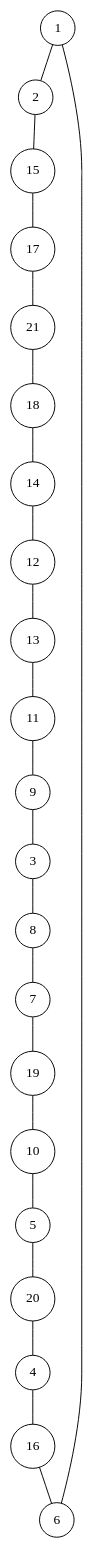
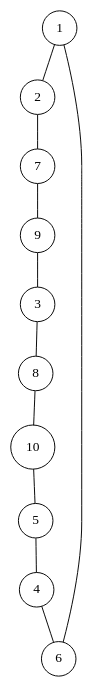
Before and after one commit to lugot/tsp-approximation: the diagram in data_generated/random1716955679/random1716955679.0.dot, drawn with Graphviz. The commit also changed 69 other files, not shown here.

```diff
--- a/data_generated/random1716955679/random1716955679.0.dot
+++ b/data_generated/random1716955679/random1716955679.0.dot
@@ -1,46 +1,24 @@
 graph random1716955679 {
 	node [shape=circle fillcolor=white]
-	1 [ pos = "2.888563,2.938799!"]
-	2 [ pos = "5.979193,3.742232!"]
-	3 [ pos = "19.204047,19.623305!"]
-	4 [ pos = "0.090760,14.916853!"]
-	5 [ pos = "6.952253,17.640141!"]
-	6 [ pos = "4.485589,6.612680!"]
-	7 [ pos = "9.853760,12.406870!"]
-	8 [ pos = "17.241166,19.441588!"]
-	9 [ pos = "17.250827,13.102488!"]
-	10 [ pos = "8.194523,14.814104!"]
-	11 [ pos = "16.449382,11.034476!"]
-	12 [ pos = "20.000000,3.412952!"]
-	13 [ pos = "18.031777,5.099406!"]
-	14 [ pos = "14.637593,3.621221!"]
-	15 [ pos = "7.098284,7.294717!"]
-	16 [ pos = "3.256702,9.986846!"]
-	17 [ pos = "10.233516,9.235894!"]
-	18 [ pos = "13.729078,9.245684!"]
-	19 [ pos = "8.667320,13.819838!"]
-	20 [ pos = "3.970658,15.619573!"]
-	21 [ pos = "11.268101,8.456247!"]
+	1 [ pos = "0.736003,0.748803!"]
+	2 [ pos = "1.523493,0.953517!"]
+	3 [ pos = "4.893173,5.000000!"]
+	4 [ pos = "0.023125,3.800800!"]
+	5 [ pos = "1.771428,4.494692!"]
+	6 [ pos = "1.142924,1.684905!"]
+	7 [ pos = "2.510729,3.161259!"]
+	8 [ pos = "4.393033,4.953699!"]
+	9 [ pos = "4.395495,3.338502!"]
+	10 [ pos = "2.087957,3.774620!"]
 
 	1 -- 2
-	2 -- 15
+	2 -- 7
 	3 -- 8
-	4 -- 16
-	5 -- 20
+	4 -- 6
+	5 -- 4
 	6 -- 1
-	7 -- 19
-	8 -- 7
+	7 -- 9
+	8 -- 10
 	9 -- 3
 	10 -- 5
-	11 -- 9
-	12 -- 13
-	13 -- 11
-	14 -- 12
-	15 -- 17
-	16 -- 6
-	17 -- 21
-	18 -- 14
-	19 -- 10
-	20 -- 4
-	21 -- 18
 }
```
